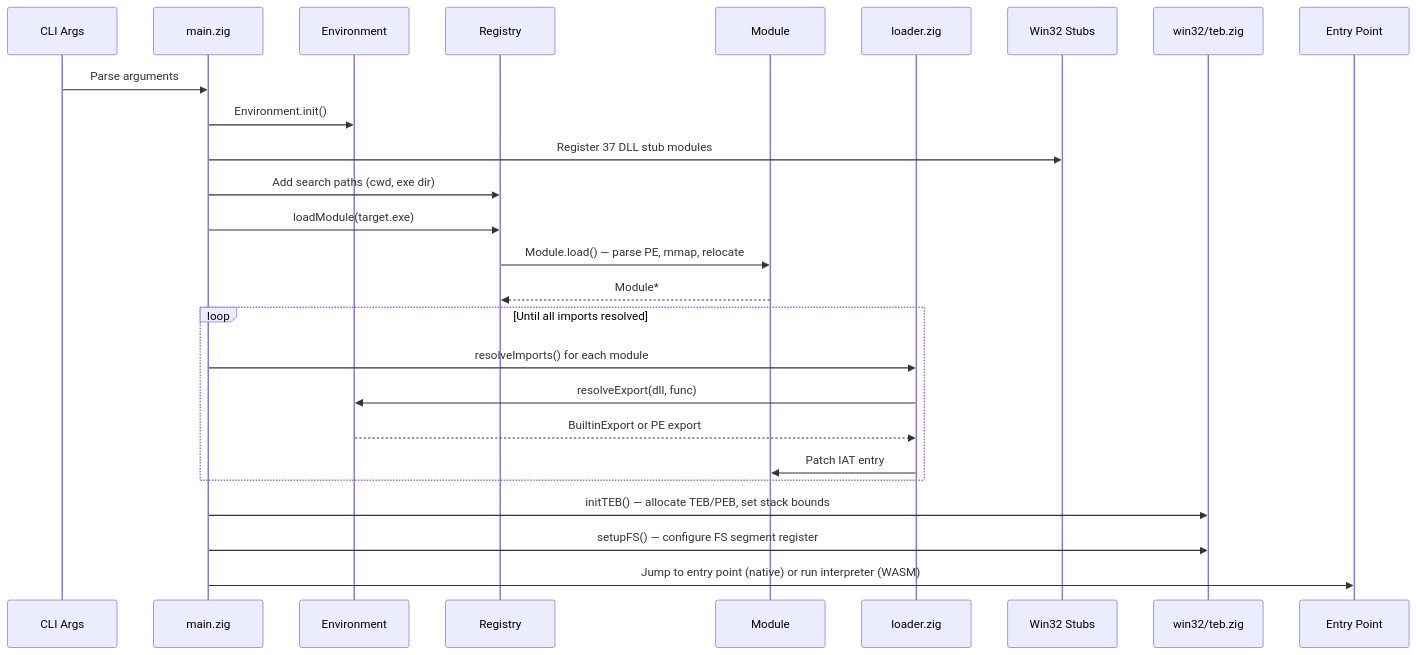
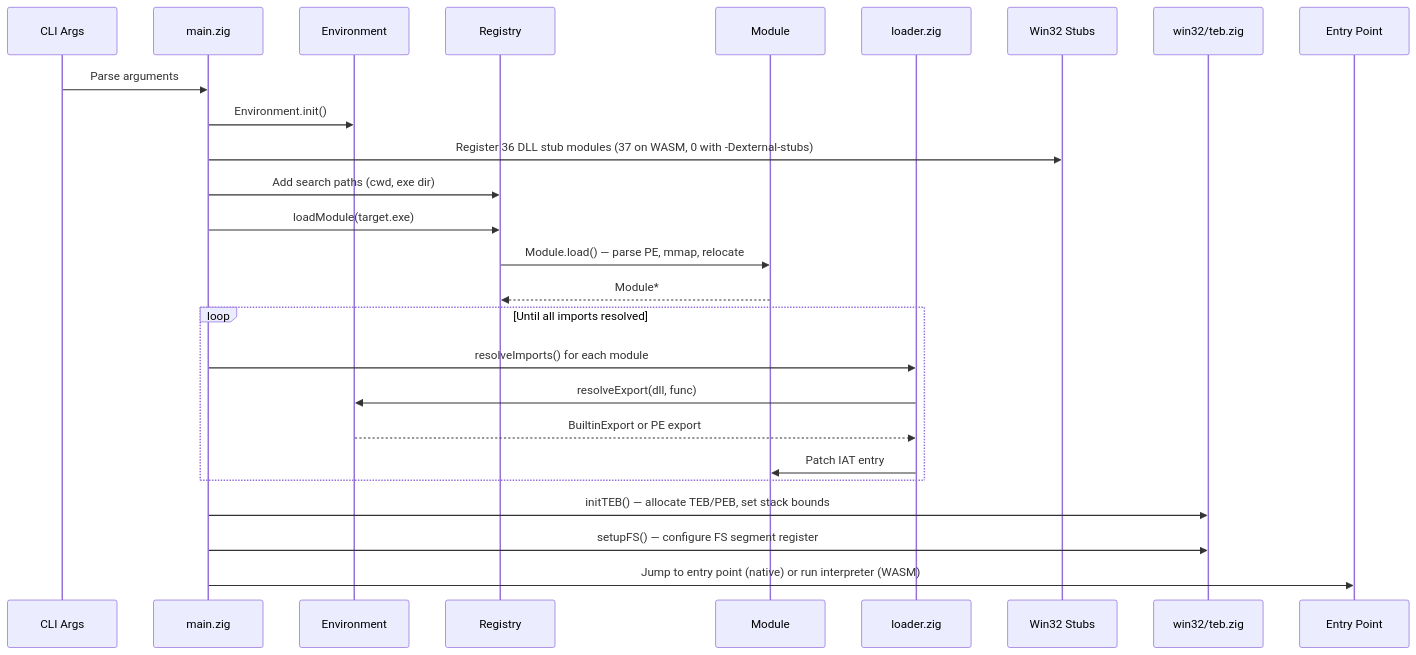
The second of 2 diagrams in docs/ARCHITECTURE.md (maci0/zine), drawn with Mermaid before and after one commit. The commit also changed other lines of this file and 10 other files, not shown here.

````diff
--- a/docs/ARCHITECTURE.md
+++ b/docs/ARCHITECTURE.md
@@ -364,29 +364,29 @@
 ```mermaid
 sequenceDiagram
     participant CLI as CLI Args
     participant Main as main.zig
     participant Env as Environment
     participant Reg as Registry
     participant Mod as Module
     participant Loader as loader.zig
     participant Stubs as Win32 Stubs
     participant TEB as win32/teb.zig
     participant EP as Entry Point
 
     CLI->>Main: Parse arguments
     Main->>Env: Environment.init()
-    Main->>Stubs: Register 37 DLL stub modules
+    Main->>Stubs: Register 36 DLL stub modules (37 on WASM, 0 with -Dexternal-stubs)
     Main->>Reg: Add search paths (cwd, exe dir)
     Main->>Reg: loadModule(target.exe)
     Reg->>Mod: Module.load() — parse PE, mmap, relocate
     Mod-->>Reg: Module*
     loop Until all imports resolved
         Main->>Loader: resolveImports() for each module
         Loader->>Env: resolveExport(dll, func)
         Env-->>Loader: BuiltinExport or PE export
         Loader->>Mod: Patch IAT entry
     end
     Main->>TEB: initTEB() — allocate TEB/PEB, set stack bounds
     Main->>TEB: setupFS() — configure FS segment register
     Main->>EP: Jump to entry point (native) or run interpreter (WASM)
 ```
````
